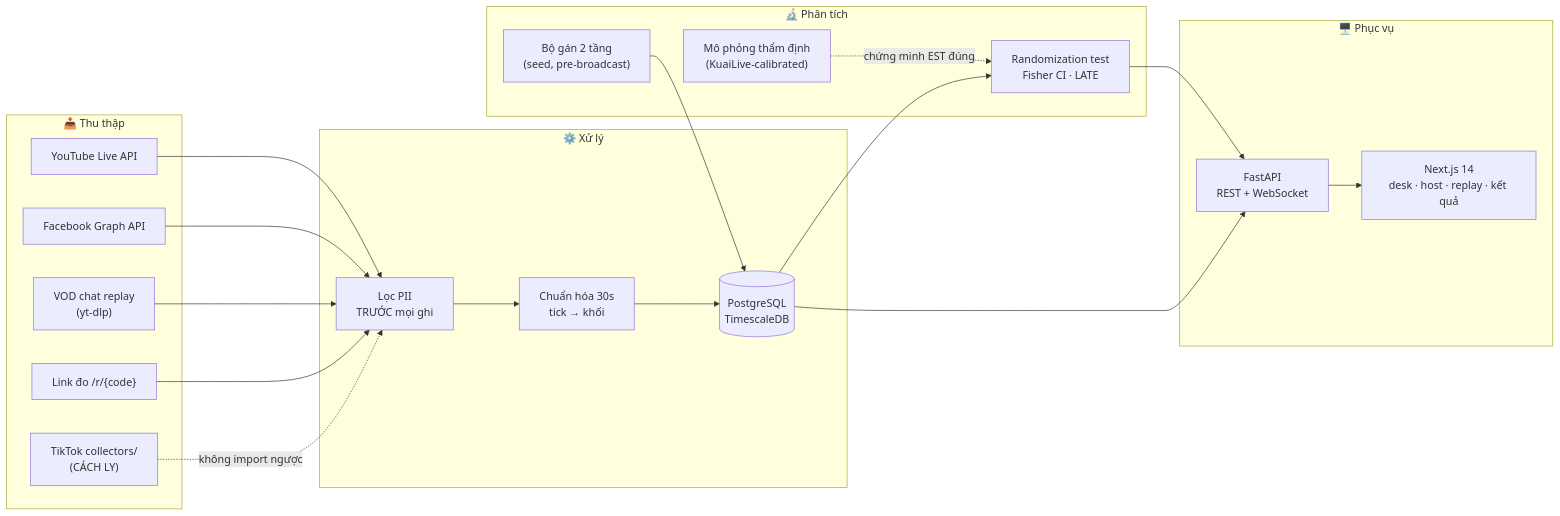
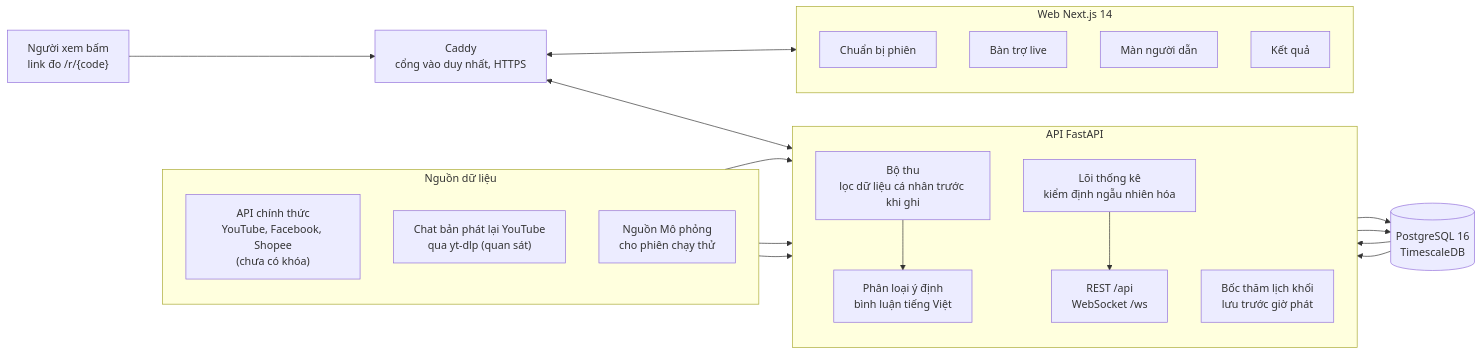
Before and after one commit to Towfienes/AISC2026_LIVEFIT: the diagram in README.md, drawn with Mermaid. The commit also changed other lines of this file and 3 other files, not shown here.

````diff
--- a/README.md
+++ b/README.md
@@ -175,30 +116,37 @@
 ```mermaid
 flowchart LR
-  subgraph Sources["📥 Thu thập"]
-    YT["YouTube Live API"]
-    FB["Facebook Graph API"]
-    VOD["VOD chat replay<br/>(yt-dlp)"]
-    CLICK["Link đo /r/{code}"]
-    TT["TikTok collectors/<br/>(CÁCH LY)"]
+  subgraph Nguon["Nguồn dữ liệu"]
+    direction TB
+    S1["API chính thức<br/>YouTube, Facebook, Shopee<br/>(chưa có khóa)"]
+    S2["Chat bản phát lại YouTube<br/>qua yt-dlp (quan sát)"]
+    S3["Nguồn Mô phỏng<br/>cho phiên chạy thử"]
   end
-  subgraph Core["⚙️ Xử lý"]
-    PII["Lọc PII<br/>TRƯỚC mọi ghi"]
-    TICK["Chuẩn hóa 30s<br/>tick → khối"]
-    DB[("PostgreSQL<br/>TimescaleDB")]
+  V["Người xem bấm<br/>link đo /r/{code}"]
+  C["Caddy<br/>cổng vào duy nhất, HTTPS"]
+  subgraph Api["API FastAPI"]
+    direction TB
+    I["Bộ thu<br/>lọc dữ liệu cá nhân trước khi ghi"]
+    A["Bốc thăm lịch khối<br/>lưu trước giờ phát"]
+    T["Lõi thống kê<br/>kiểm định ngẫu nhiên hóa"]
+    N["Phân loại ý định<br/>bình luận tiếng Việt"]
+    R["REST /api<br/>WebSocket /ws"]
   end
-  subgraph Science["🔬 Phân tích"]
-    ASSIGN["Bộ gán 2 tầng<br/>(seed, pre-broadcast)"]
-    EST["Randomization test<br/>Fisher CI · LATE"]
-    SIM["Mô phỏng thẩm định<br/>(KuaiLive-calibrated)"]
+  DB[("PostgreSQL 16<br/>TimescaleDB")]
+  subgraph Web["Web Next.js 14"]
+    direction TB
+    W1["Chuẩn bị phiên"]
+    W2["Bàn trợ live"]
+    W3["Màn người dẫn"]
+    W4["Kết quả"]
   end
-  subgraph Serve["🖥️ Phục vụ"]
-    API["FastAPI<br/>REST + WebSocket"]
-    WEB["Next.js 14<br/>desk · host · replay · kết quả"]
-  end
-  YT & FB & VOD & CLICK --> PII --> TICK --> DB
-  TT -.->|"không import ngược"| PII
-  ASSIGN --> DB
-  DB --> EST --> API
-  SIM -.->|"chứng minh EST đúng"| EST
-  DB --> API --> WEB
+  S1 & S2 & S3 --> I
+  I --> N
+  I --> DB
+  A --> DB
+  DB --> T
+  T --> R
+  DB --> R
+  V --> C
+  C <--> R
+  C <--> Web
 ```
````
